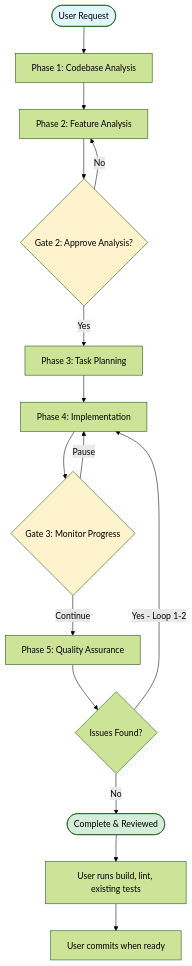
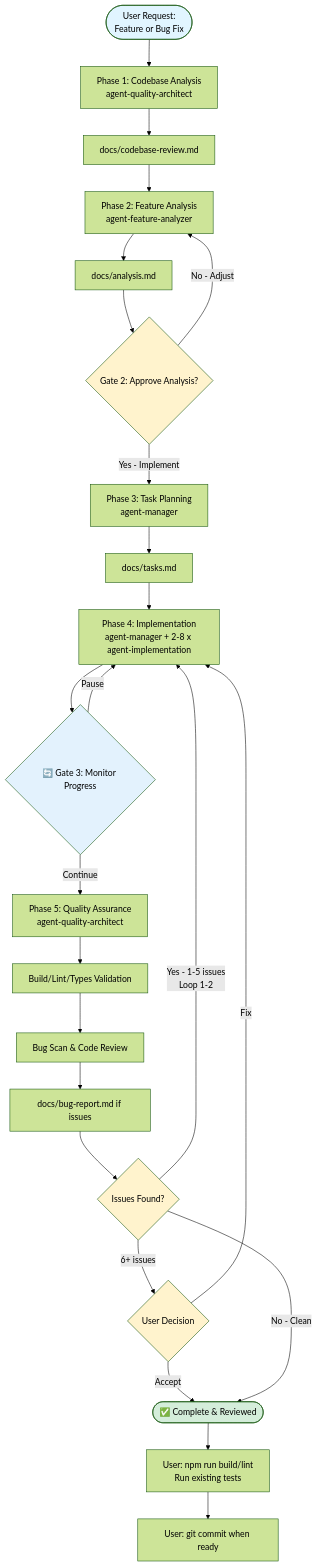
One commit to bgauryy/octocode-mcp changed the fifth of 6 diagrams in octocode-claude-plugin/docs/FLOW.md. Above: the diagram before and after it, drawn with Mermaid (forest theme). The commit also changed other lines of this file and 74 other files, not shown here.

````diff
--- a/octocode-claude-plugin/docs/FLOW.md
+++ b/octocode-claude-plugin/docs/FLOW.md
@@ -463,22 +538,33 @@
 ```mermaid
 flowchart TD
-    Start([User Request]) --> P1[Phase 1: Codebase Analysis]
-    P1 --> P2[Phase 2: Feature Analysis]
-    P2 --> G2{Gate 2: Approve Analysis?}
-    G2 -->|No| P2
-    G2 -->|Yes| P3[Phase 3: Task Planning]
-    P3 --> P4[Phase 4: Implementation]
-    P4 --> G3{Gate 3: Monitor Progress}
-    G3 -->|Pause| P4
-    G3 -->|Continue| P5[Phase 5: Quality Assurance]
-    P5 --> Issues{Issues Found?}
-    Issues -->|Yes - Loop 1-2| P4
-    Issues -->|No| End([Complete & Reviewed])
-    End --> Manual[User runs build, lint, existing tests]
-    Manual --> Commit[User commits when ready]
+    Start([User Request:<br/>Feature or Bug Fix]) --> P1[Phase 1: Codebase Analysis<br/>agent-quality-architect]
+    P1 --> Output1[docs/codebase-review.md]
+    Output1 --> P2[Phase 2: Feature Analysis<br/>agent-feature-analyzer]
+    P2 --> Output2[docs/analysis.md]
+    Output2 --> G2{Gate 2: Approve Analysis?}
+    G2 -->|No - Adjust| P2
+    G2 -->|Yes - Implement| P3[Phase 3: Task Planning<br/>agent-manager]
+    P3 --> Output3[docs/tasks.md]
+    Output3 --> P4[Phase 4: Implementation<br/>agent-manager + 2-8 x agent-implementation]
+    P4 --> Monitor{🔄 Gate 3: Monitor Progress}
+    Monitor -->|Pause| P4
+    Monitor -->|Continue| P5[Phase 5: Quality Assurance<br/>agent-quality-architect]
+    P5 --> BuildCheck[Build/Lint/Types Validation]
+    BuildCheck --> CodeReview[Bug Scan & Code Review]
+    CodeReview --> Output4[docs/bug-report.md if issues]
+    Output4 --> Issues{Issues Found?}
+    Issues -->|Yes - 1-5 issues<br/>Loop 1-2| P4
+    Issues -->|6+ issues| UserDecision{User Decision}
+    UserDecision -->|Fix| P4
+    UserDecision -->|Accept| End
+    Issues -->|No - Clean| End([✅ Complete & Reviewed])
+    End --> Manual[User: npm run build/lint<br/>Run existing tests]
+    Manual --> Commit[User: git commit when ready]
 
     style Start fill:#e1f5ff
     style End fill:#d4edda
     style G2 fill:#fff3cd
-    style G3 fill:#fff3cd
+    style Monitor fill:#e3f2fd
+    style Issues fill:#fff3cd
+    style UserDecision fill:#fff3cd
 ```
````
